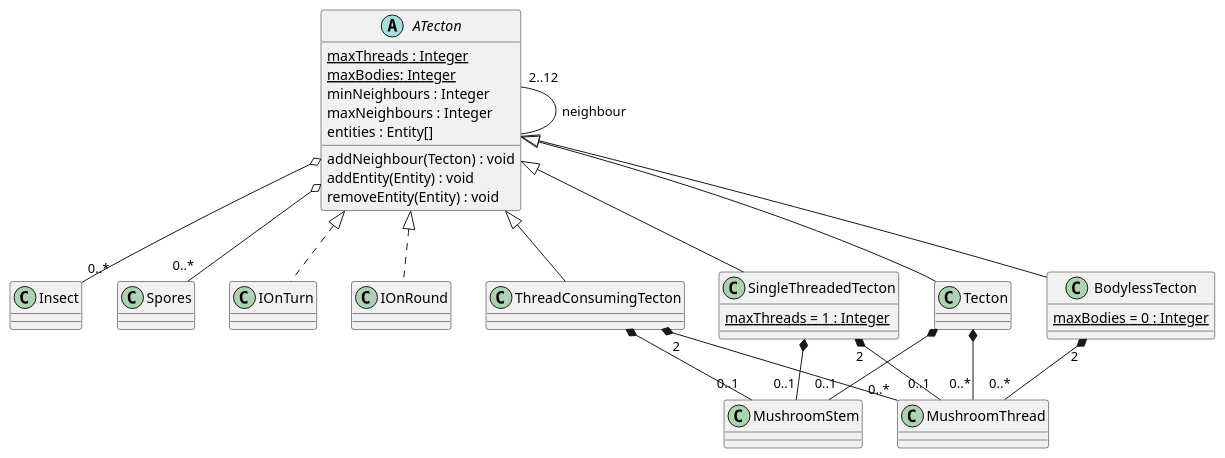
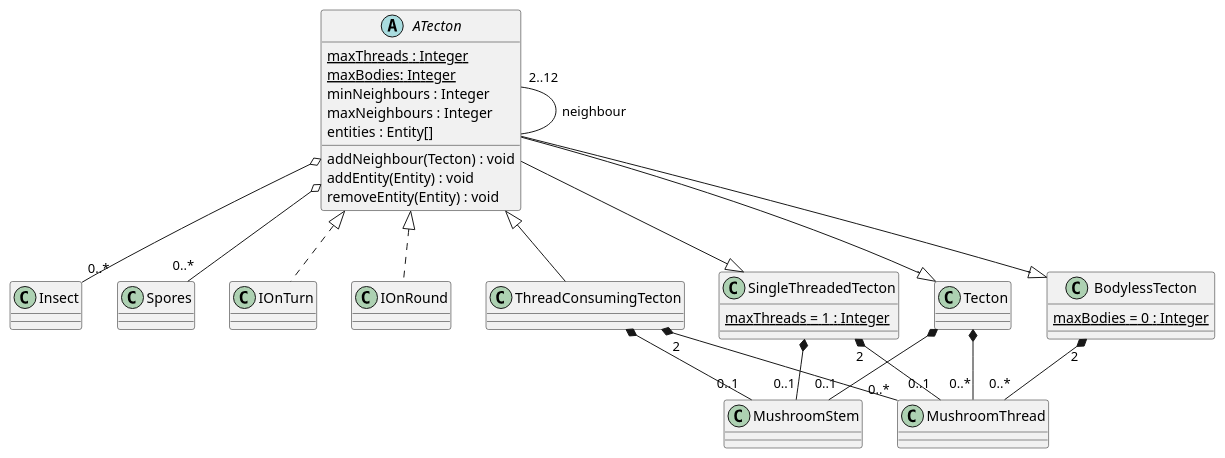
The diagram in 3/classes/tecton.puml (Petya-G/fungorium), drawn with PlantUML before and after one commit. The commit also changed 6 other files, not shown here.

```diff
--- a/3/classes/tecton.puml
+++ b/3/classes/tecton.puml
@@ -1,44 +1,44 @@
 @startuml tecton
   ATecton "2..12" -- ATecton : neighbour
   ATecton o-- "0..*" Insect
   ATecton o-- "0..*" Spores
   ATecton <|.. IOnTurn
   ATecton <|.. IOnRound
   abstract class ATecton {
     {static} maxThreads : Integer
     {static} maxBodies: Integer
     minNeighbours : Integer
     maxNeighbours : Integer
     entities : Entity[]
 
     addNeighbour(Tecton) : void
     addEntity(Entity) : void
     removeEntity(Entity) : void
   }
 
   Tecton *-- "0..1" MushroomStem 
   Tecton *-- "0..*" MushroomThread
-  ATecton <|-- Tecton
+  ATecton --|> Tecton
   class Tecton {
   }
 
   SingleThreadedTecton *-- "0..1" MushroomStem
   SingleThreadedTecton "2" *-- "0..1" MushroomThread
-  ATecton <|-- SingleThreadedTecton
+  ATecton --|> SingleThreadedTecton
   class SingleThreadedTecton {
     {static} maxThreads = 1 : Integer
   }
 
 
   BodylessTecton "2" *-- "0..*" MushroomThread
-  ATecton <|-- BodylessTecton
+  ATecton --|> BodylessTecton
   class BodylessTecton {
     {static} maxBodies = 0 : Integer
   }
 
   ThreadConsumingTecton *-- "0..1" MushroomStem
   ThreadConsumingTecton "2" *-- "0..*" MushroomThread
   ATecton <|-- ThreadConsumingTecton
   class ThreadConsumingTecton {
   }
 @enduml
```
